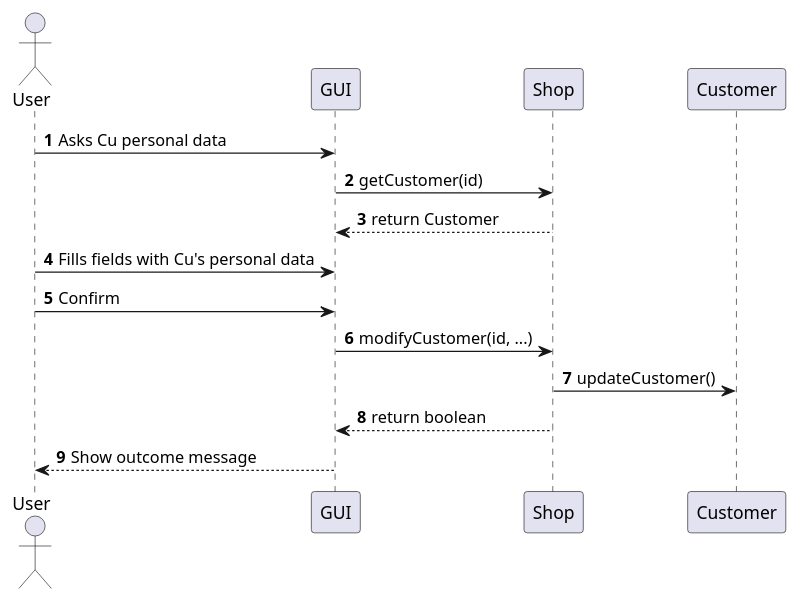
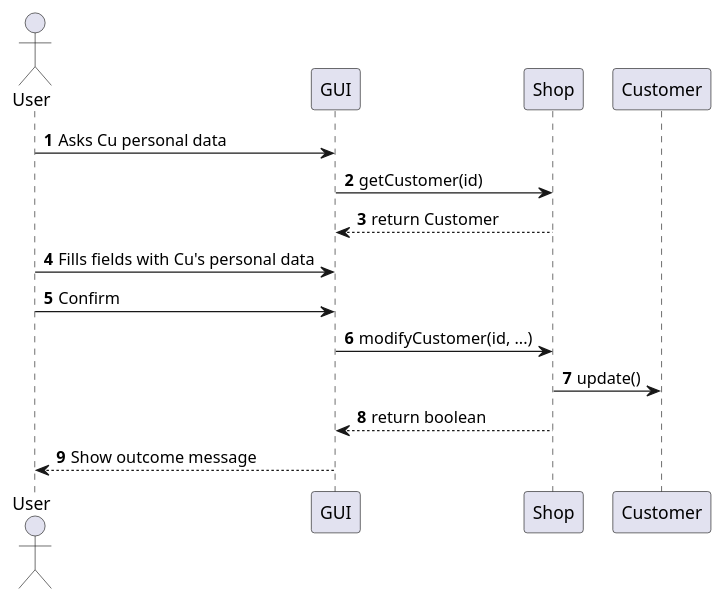
Diagram 11 of 23 in Deliverables/DesignDocument.md (Stormz4/group20-EzShop), drawn with PlantUML before and after one commit. The commit also changed other lines of this file, not shown here.

````diff
--- a/Deliverables/DesignDocument.md
+++ b/Deliverables/DesignDocument.md
@@ -448,15 +448,15 @@
 ```plantuml
 @startuml
 Actor User
 autonumber
 User -> GUI: Asks Cu personal data
 GUI -> Shop: getCustomer(id)
 Shop --> GUI: return Customer
 User -> GUI: Fills fields with Cu's personal data
 User -> GUI: Confirm
 GUI -> Shop: modifyCustomer(id, ...)
-Shop -> Customer: updateCustomer()
+Shop -> Customer: update()
 Shop --> GUI: return boolean
 GUI --> User: Show outcome message
 @enduml
 ```   
````
